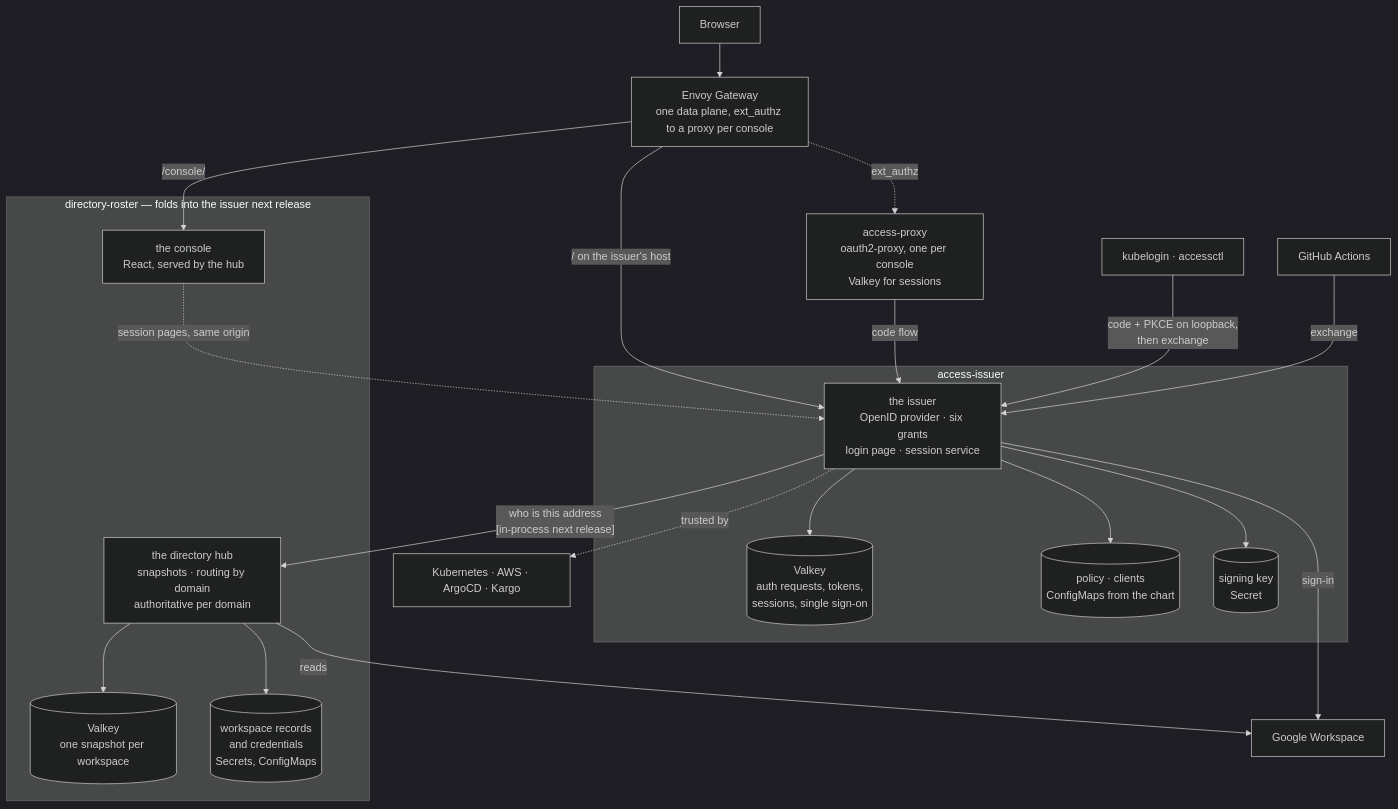
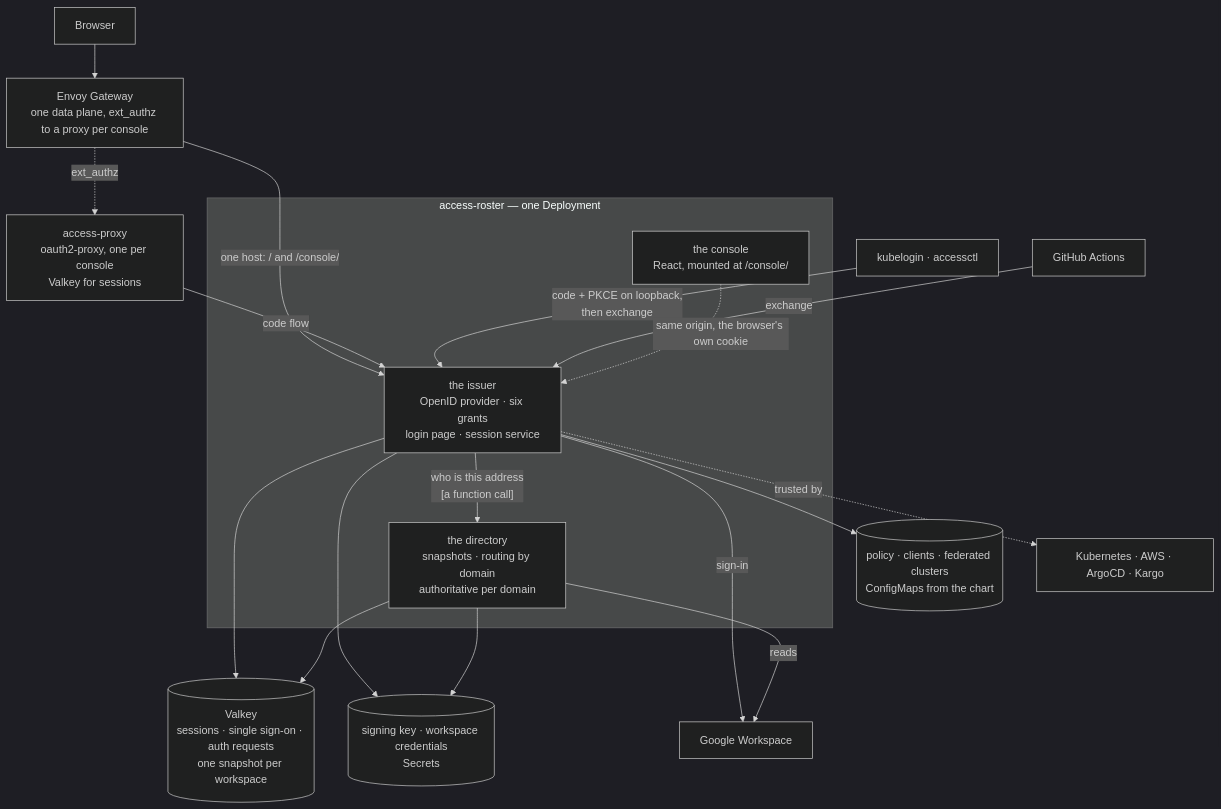
The second of 2 diagrams in docs/architecture.md (truvity/access-roster), drawn with Mermaid (dark theme) before and after one commit. The commit also changed other lines of this file and 8 other files, not shown here.

````diff
--- a/docs/architecture.md
+++ b/docs/architecture.md
@@ -63,44 +57,39 @@
 ```mermaid
 flowchart TB
   browser["Browser"]
   cli["kubelogin · accessctl"]
   ci["GitHub Actions"]
   gw["Envoy Gateway<br/>one data plane, ext_authz to a proxy per console"]
 
-  subgraph iss["access-issuer"]
+  subgraph ar["access-roster — one Deployment"]
     issuer["the issuer<br/>OpenID provider · six grants<br/>login page · session service"]
-    vki[("Valkey<br/>auth requests, tokens,<br/>sessions, single sign-on")]
-    pol[("policy · clients<br/>ConfigMaps from the chart")]
-    keys[("signing key<br/>Secret")]
+    dir["the directory<br/>snapshots · routing by domain<br/>authoritative per domain"]
+    con["the console<br/>React, mounted at /console/"]
   end
 
-  subgraph hub["directory-roster — folds into the issuer next release"]
-    dir["the directory hub<br/>snapshots · routing by domain<br/>authoritative per domain"]
-    con["the console<br/>React, served by the hub"]
-    vkd[("Valkey<br/>one snapshot per workspace")]
-    ws[("workspace records<br/>and credentials<br/>Secrets, ConfigMaps")]
-  end
+  vk[("Valkey<br/>sessions · single sign-on · auth requests<br/>one snapshot per workspace")]
+  cfg[("policy · clients · federated clusters<br/>ConfigMaps from the chart")]
+  sec[("signing key · workspace credentials<br/>Secrets")]
 
   proxy["access-proxy<br/>oauth2-proxy, one per console<br/>Valkey for sessions"]
   idp["Google Workspace"]
   rp["Kubernetes · AWS · ArgoCD · Kargo"]
 
   browser --> gw
-  gw -- "/ on the issuer's host" --> issuer
-  gw -- "/console/" --> con
+  gw -- "one host: / and /console/" --> issuer
   gw -. "ext_authz" .-> proxy
   proxy -- "code flow" --> issuer
   cli -- "code + PKCE on loopback,<br/>then exchange" --> issuer
   ci -- "exchange" --> issuer
 
-  issuer -- "who is this address<br/>[in-process next release]" --> dir
-  issuer --> vki
-  issuer --> pol
-  issuer --> keys
+  issuer -- "who is this address<br/>[a function call]" --> dir
+  issuer --> vk
+  issuer --> cfg
+  issuer --> sec
   issuer -- "sign-in" --> idp
-  dir --> vkd
-  dir --> ws
+  dir --> vk
+  dir --> sec
   dir -- "reads" --> idp
-  con -. "session pages, same origin" .-> issuer
+  con -. "same origin, the browser's own cookie" .-> issuer
   issuer -. "trusted by" .-> rp
 ```
````
